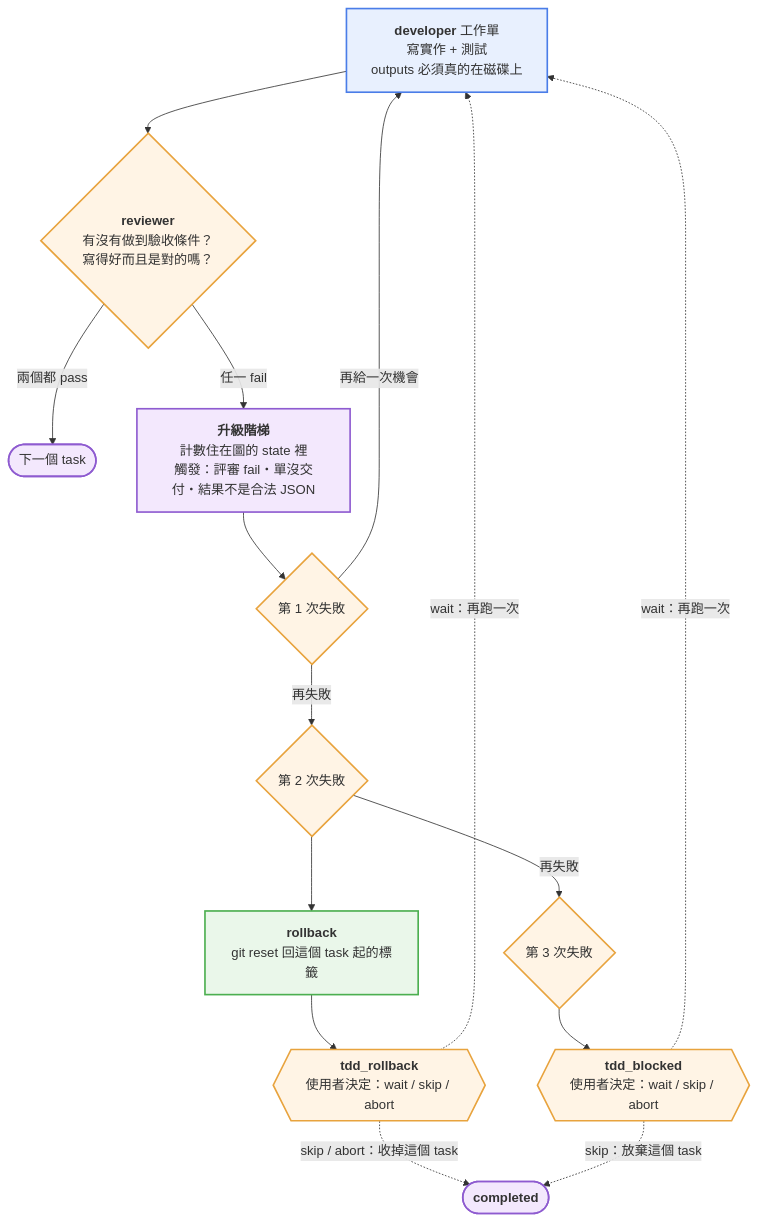
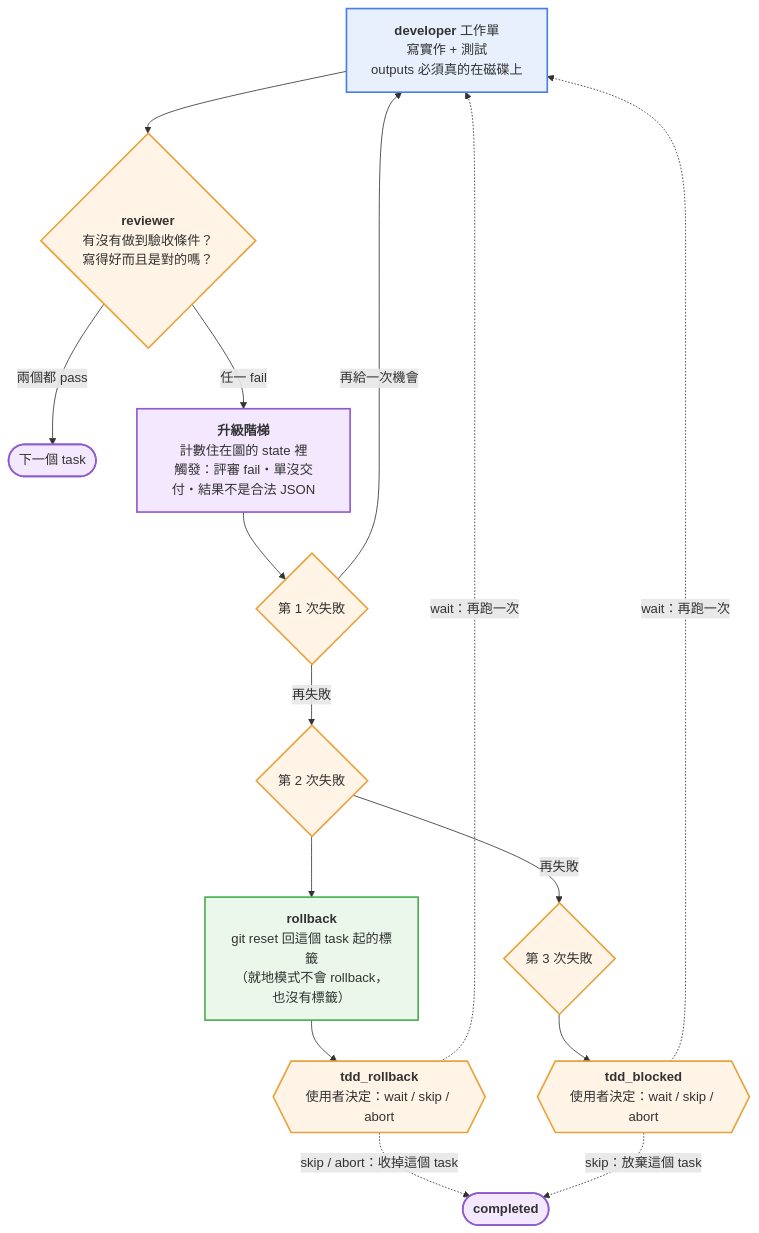
Before and after one commit to sukunwei/frontend-sdd-agent: the second of 3 diagrams in README.md, drawn with Mermaid. The commit also changed other lines of this file and 1 other file, not shown here.

First line of the commit message:
docs(sdd-graph): 補齊 status 與 TDD 章節的模式限定

````diff
--- a/README.md
+++ b/README.md
@@ -410,35 +414,35 @@
 ```mermaid
 flowchart TD
   DEV["<b>developer</b> 工作單<br/>寫實作 + 測試<br/>outputs 必須真的在磁碟上"]
   DEV --> REV1
 
   REV1{"<b>reviewer</b><br/>有沒有做到驗收條件？<br/>寫得好而且是對的嗎？"}
   REV1 -->|兩個都 pass| NEXT(["下一個 task"])
   REV1 -->|任一 fail| LAD
 
   LAD["<b>升級階梯</b><br/>計數住在圖的 state 裡<br/>觸發：評審 fail・單沒交付・結果不是合法 JSON"]
   LAD --> A1{"第 1 次失敗"}
   A1 -->|"再給一次機會"| DEV
   A1 -->|"再失敗"| A2{"第 2 次失敗"}
   A2 -->|"再失敗"| A3{"第 3 次失敗"}
 
-  A2 --> RB["<b>rollback</b><br/>git reset 回這個 task 起的標籤"]
+  A2 --> RB["<b>rollback</b><br/>git reset 回這個 task 起的標籤<br/>（就地模式不會 rollback，也沒有標籤）"]
   RB --> RBQ{{"<b>tdd_rollback</b><br/>使用者決定：wait / skip / abort"}}
 
   A3 --> BLQ{{"<b>tdd_blocked</b><br/>使用者決定：wait / skip / abort"}}
 
   RBQ -.->|"wait：再跑一次"| DEV
   RBQ -.->|"skip / abort：收掉這個 task"| DONE(["<b>completed</b>"])
   BLQ -.->|"wait：再跑一次"| DEV
   BLQ -.->|"skip：放棄這個 task"| DONE
 
   classDef gate fill:#fff4e5,stroke:#e8a33d,stroke-width:2px
   classDef work fill:#e8f0fe,stroke:#4a7de8,stroke-width:2px
   classDef det fill:#eaf7ea,stroke:#4caf50,stroke-width:2px
   classDef term fill:#f3e8fd,stroke:#8e5bd0,stroke-width:2px
 
   class REV1,REV2,A1,A2,A3,RBQ,BLQ gate
   class DEV work
   class RB det
   class LAD,NEXT,DONE term
 ```
````
